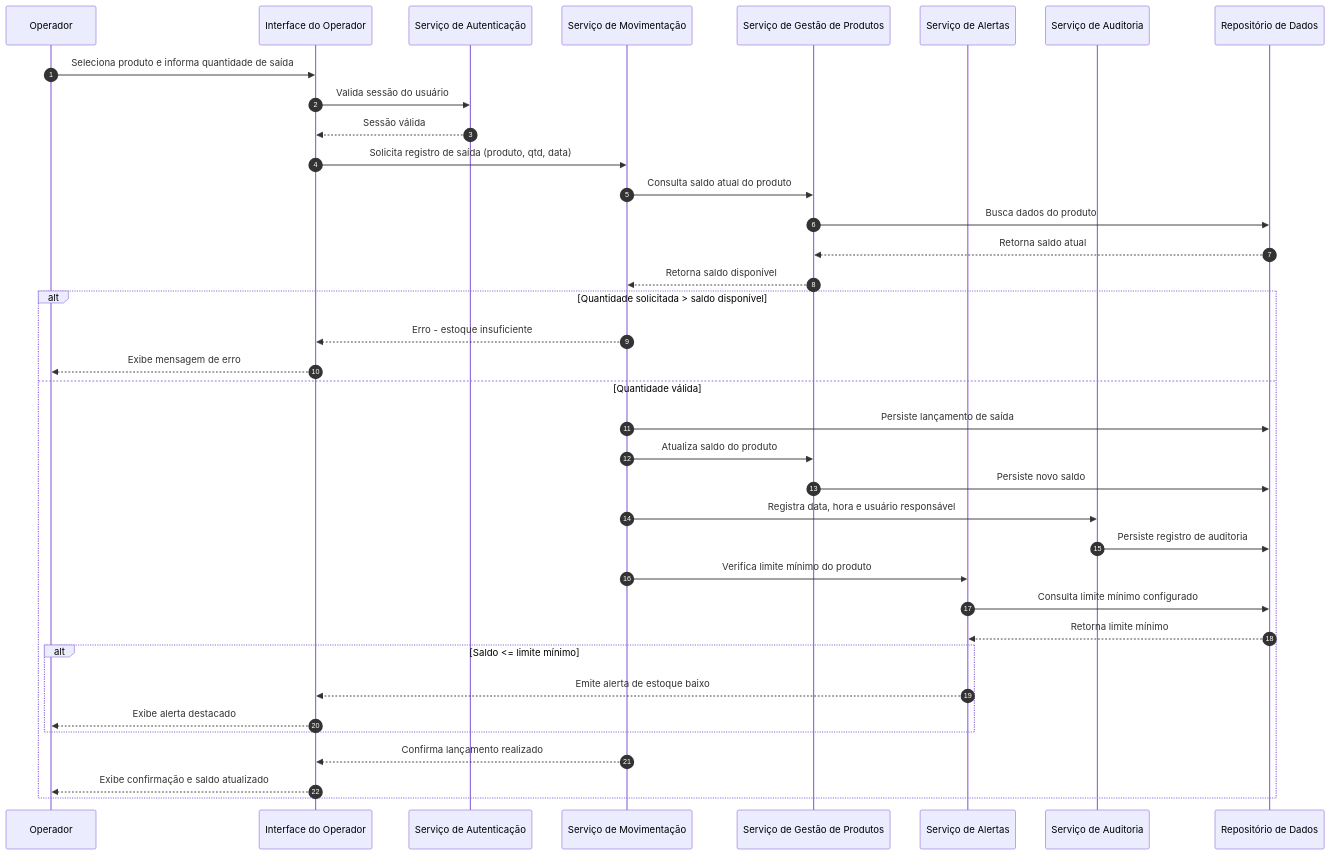
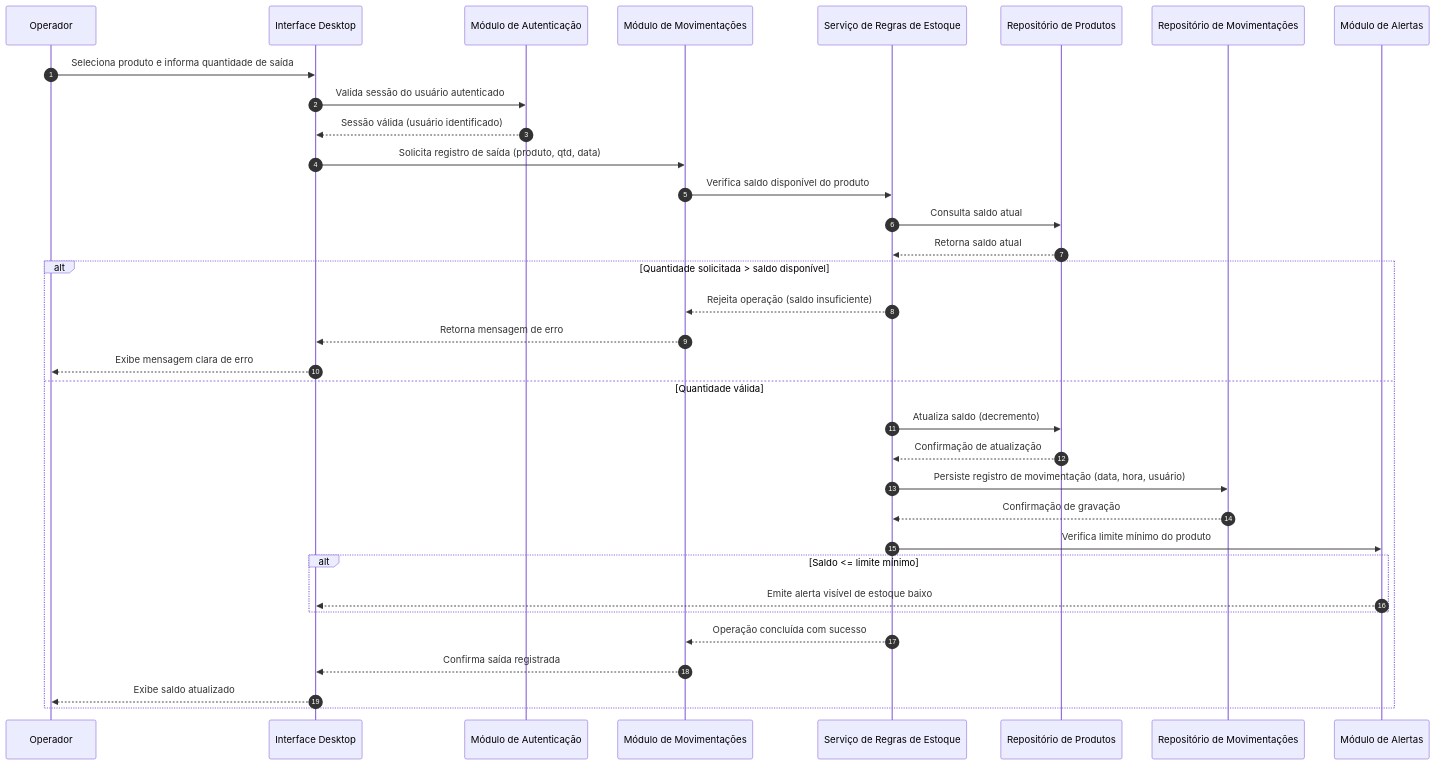
One commit to PDC-ESIA/AI4ES changed the second of 3 diagrams in docs/Time_2_Design/analise-qualitativa/outputs/relatorio_claude_sonnet_5_P03.md. Above: the diagram before and after it, drawn with Mermaid. The commit also changed other lines of this file and 107 other files, not shown here.

````diff
--- a/docs/Time_2_Design/analise-qualitativa/outputs/relatorio_claude_sonnet_5_P03.md
+++ b/docs/Time_2_Design/analise-qualitativa/outputs/relatorio_claude_sonnet_5_P03.md
@@ -57,41 +79,38 @@
 ```mermaid
 sequenceDiagram
     autonumber
     participant Operador
-    participant UI as Interface do Operador
-    participant AUTH as Serviço de Autenticação
-    participant MOV as Serviço de Movimentação
-    participant PROD as Serviço de Gestão de Produtos
-    participant ALERTA as Serviço de Alertas
-    participant LOG as Serviço de Auditoria
-    participant REPO as Repositório de Dados
+    participant UI as Interface Desktop
+    participant AUTH as Módulo de Autenticação
+    participant MOV as Módulo de Movimentações
+    participant ESTOQUE as Serviço de Regras de Estoque
+    participant REPO_PROD as Repositório de Produtos
+    participant REPO_MOV as Repositório de Movimentações
+    participant ALERTA as Módulo de Alertas
 
     Operador->>UI: Seleciona produto e informa quantidade de saída
-    UI->>AUTH: Valida sessão do usuário
-    AUTH-->>UI: Sessão válida
+    UI->>AUTH: Valida sessão do usuário autenticado
+    AUTH-->>UI: Sessão válida (usuário identificado)
     UI->>MOV: Solicita registro de saída (produto, qtd, data)
-    MOV->>PROD: Consulta saldo atual do produto
-    PROD->>REPO: Busca dados do produto
-    REPO-->>PROD: Retorna saldo atual
-    PROD-->>MOV: Retorna saldo disponível
+    MOV->>ESTOQUE: Verifica saldo disponível do produto
+    ESTOQUE->>REPO_PROD: Consulta saldo atual
+    REPO_PROD-->>ESTOQUE: Retorna saldo atual
 
     alt Quantidade solicitada > saldo disponível
-        MOV-->>UI: Erro - estoque insuficiente
-        UI-->>Operador: Exibe mensagem de erro
+        ESTOQUE-->>MOV: Rejeita operação (saldo insuficiente)
+        MOV-->>UI: Retorna mensagem de erro
+        UI-->>Operador: Exibe mensagem clara de erro
     else Quantidade válida
-        MOV->>REPO: Persiste lançamento de saída
-        MOV->>PROD: Atualiza saldo do produto
-        PROD->>REPO: Persiste novo saldo
-        MOV->>LOG: Registra data, hora e usuário responsável
-        LOG->>REPO: Persiste registro de auditoria
-        MOV->>ALERTA: Verifica limite mínimo do produto
-        ALERTA->>REPO: Consulta limite mínimo configurado
-        REPO-->>ALERTA: Retorna limite mínimo
+        ESTOQUE->>REPO_PROD: Atualiza saldo (decremento)
+        REPO_PROD-->>ESTOQUE: Confirmação de atualização
+        ESTOQUE->>REPO_MOV: Persiste registro de movimentação (data, hora, usuário)
+        REPO_MOV-->>ESTOQUE: Confirmação de gravação
+        ESTOQUE->>ALERTA: Verifica limite mínimo do produto
         alt Saldo <= limite mínimo
-            ALERTA-->>UI: Emite alerta de estoque baixo
-            UI-->>Operador: Exibe alerta destacado
+            ALERTA-->>UI: Emite alerta visível de estoque baixo
         end
-        MOV-->>UI: Confirma lançamento realizado
-        UI-->>Operador: Exibe confirmação e saldo atualizado
+        ESTOQUE-->>MOV: Operação concluída com sucesso
+        MOV-->>UI: Confirma saída registrada
+        UI-->>Operador: Exibe saldo atualizado
     end
 ```
````
